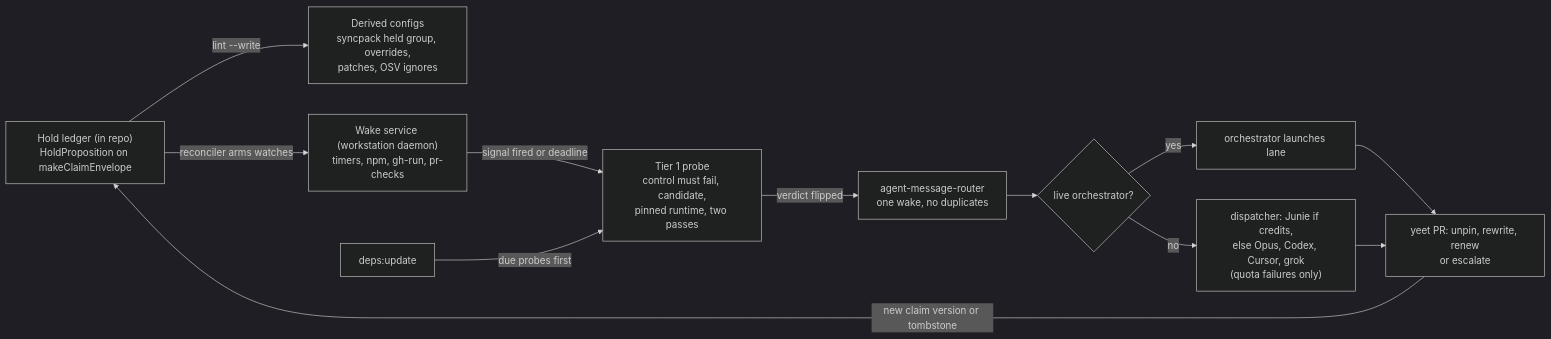
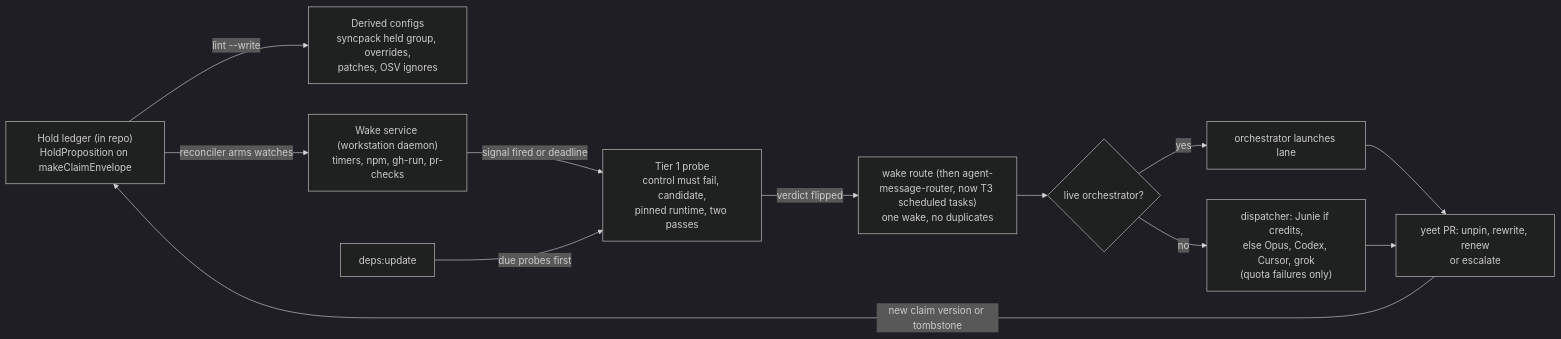
One commit to beep-effect/beep-effect changed the diagram in explorations/expiring-repo-facts/BRIEF.md. Above: the diagram before and after it, drawn with Mermaid (dark theme). The commit also changed other lines of this file and 324 other files, not shown here.

````diff
--- a/explorations/expiring-repo-facts/BRIEF.md
+++ b/explorations/expiring-repo-facts/BRIEF.md
@@ -46,14 +46,14 @@
 ```mermaid
 flowchart LR
     H["Hold ledger (in repo)<br/>HoldProposition on makeClaimEnvelope"] -->|"lint --write"| C["Derived configs<br/>syncpack held group, overrides,<br/>patches, OSV ignores"]
     H -->|"reconciler arms watches"| W["Wake service (workstation daemon)<br/>timers, npm, gh-run, pr-checks"]
     W -->|"signal fired or deadline"| P["Tier 1 probe<br/>control must fail, candidate,<br/>pinned runtime, two passes"]
     D["deps:update"] -->|"due probes first"| P
-    P -->|"verdict flipped"| R["agent-message-router<br/>one wake, no duplicates"]
+    P -->|"verdict flipped"| R["wake route (then agent-message-router, now T3 scheduled tasks)<br/>one wake, no duplicates"]
     R --> O{"live orchestrator?"}
     O -->|"yes"| L["orchestrator launches lane"]
     O -->|"no"| X["dispatcher: Junie if credits,<br/>else Opus, Codex, Cursor, grok<br/>(quota failures only)"]
     L --> PR["yeet PR: unpin, rewrite, renew<br/>or escalate"]
     X --> PR
     PR -->|"new claim version or tombstone"| H
 ```
````
